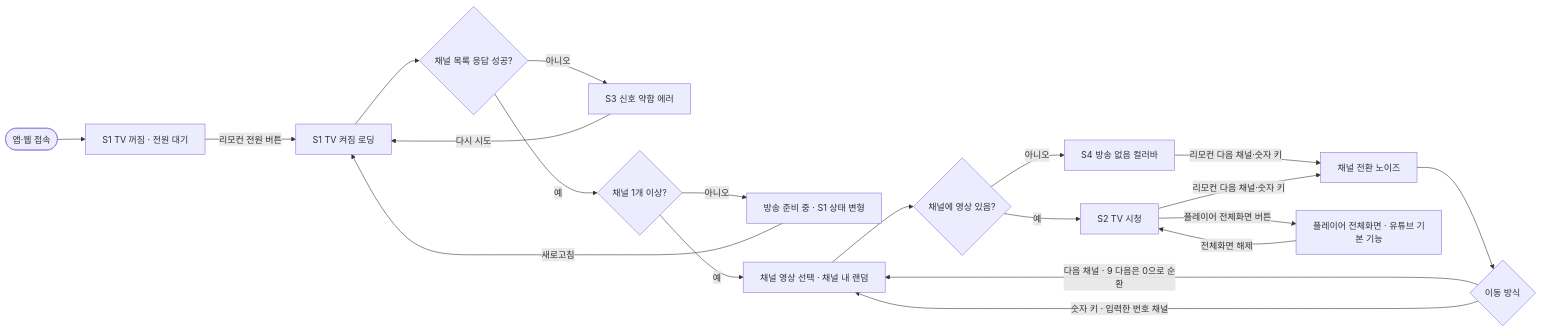
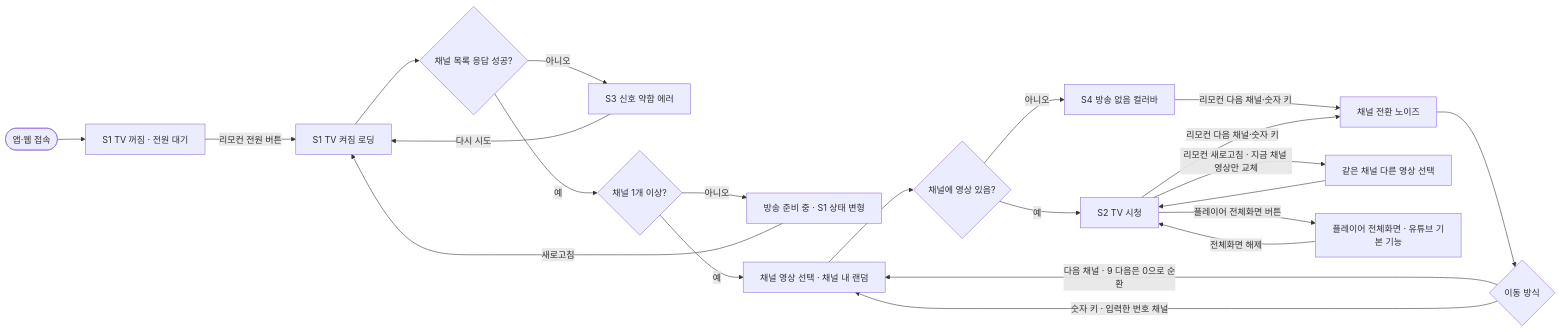
One commit to neordinary-hackathon-2/nerodinary_hackathon changed the diagram in docs/planning/03-flow.md. Above: the diagram before and after it, drawn with Mermaid. The commit also changed other lines of this file and 1 other file, not shown here.

Commit message:
docs: 영상 새로고침(먹기 싫어, F8)과 채널 재진입 시 같은 영상 규칙 반영

````diff
--- a/docs/planning/03-flow.md
+++ b/docs/planning/03-flow.md
@@ -12,22 +12,23 @@
 ```mermaid
 flowchart LR
   A([앱·웹 접속]) --> O[S1 TV 꺼짐 · 전원 대기]
   O -->|리모컨 전원 버튼| B[S1 TV 켜짐 로딩]
   B --> Q1{채널 목록 응답 성공?}
   Q1 -->|아니오| E[S3 신호 약함 에러]
   E -->|다시 시도| B
   Q1 -->|예| Q2{채널 1개 이상?}
   Q2 -->|아니오| G[방송 준비 중 · S1 상태 변형]
   G -->|새로고침| B
   Q2 -->|예| P[채널 영상 선택 · 채널 내 랜덤]
   P --> Q3{채널에 영상 있음?}
   Q3 -->|예| C[S2 TV 시청]
   Q3 -->|아니오| F[S4 방송 없음 컬러바]
   F -->|리모컨 다음 채널·숫자 키| D
   C -->|리모컨 다음 채널·숫자 키| D[채널 전환 노이즈]
+  C -->|리모컨 새로고침 · 지금 채널 영상만 교체| P2[같은 채널 다른 영상 선택] --> C
   C -->|플레이어 전체화면 버튼| H[플레이어 전체화면 · 유튜브 기본 기능]
   H -->|전체화면 해제| C
   D --> Q4{이동 방식}
   Q4 -->|다음 채널 · 9 다음은 0으로 순환| P
   Q4 -->|숫자 키 · 입력한 번호 채널| P
 ```
````
